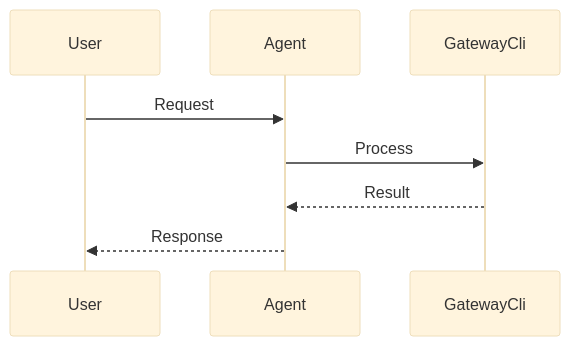
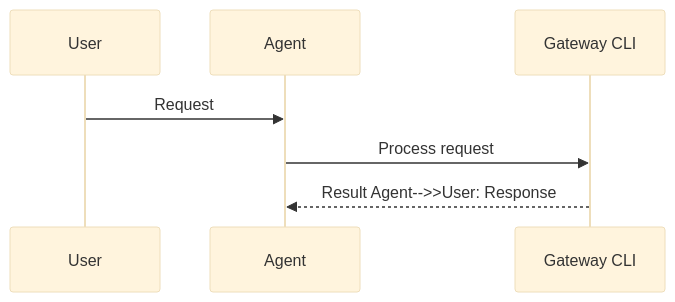
One commit to MervinPraison/PraisonAIDocs changed the second of 5 diagrams in docs/features/gateway-cli.mdx. Above: the diagram before and after it, drawn with Mermaid (base theme). The commit also changed 204 other files, not shown here.

First line of the commit message:
docs: align feature/tool pages with AGENTS.md hero + sequence + import standards (fixes #1775)

````diff
--- a/docs/features/gateway-cli.mdx
+++ b/docs/features/gateway-cli.mdx
@@ -72,11 +72,10 @@
 ```mermaid
 sequenceDiagram
     participant User
     participant Agent
-    participant GatewayCli
+    participant Feature as Gateway CLI
 
     User->>Agent: Request
-    Agent->>GatewayCli: Process
-    GatewayCli-->>Agent: Result
-    Agent-->>User: Response
+    Agent->>Feature: Process request
+    Feature-->>Agent: Result    Agent-->>User: Response
 ```
````
